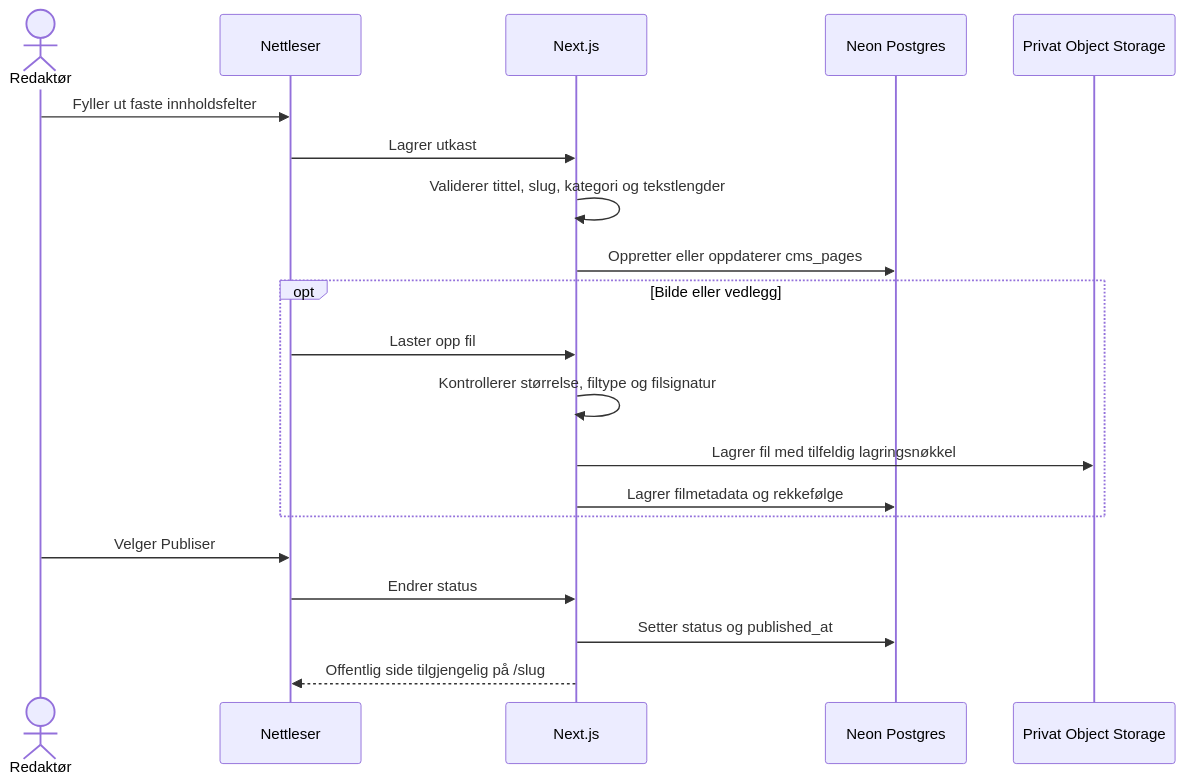
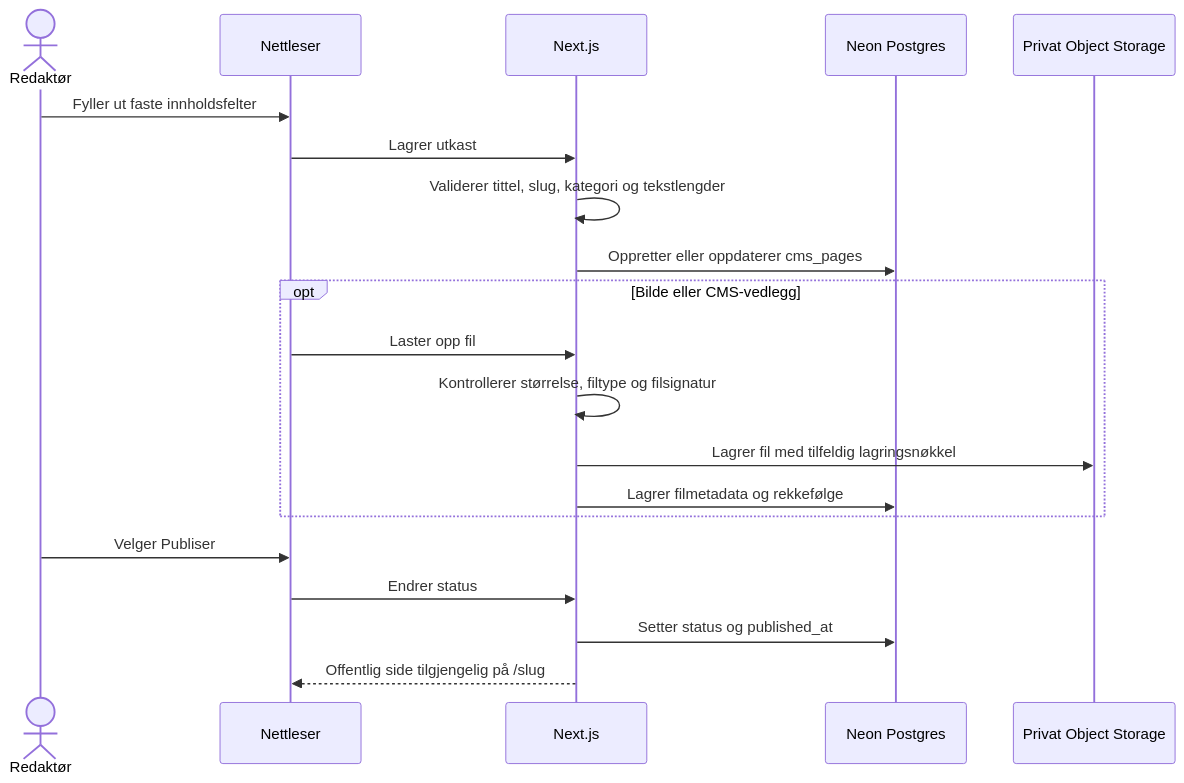
One commit to ibjohansen/tfv-poll changed the sixth of 6 diagrams in README.md. Above: the diagram before and after it, drawn with Mermaid. The commit also changed other lines of this file and 30 other files, not shown here.

````diff
--- a/README.md
+++ b/README.md
@@ -292,23 +295,23 @@
 ```mermaid
 sequenceDiagram
   actor R as Redaktør
   participant B as Nettleser
   participant N as Next.js
   participant D as Neon Postgres
   participant S as Privat Object Storage
 
   R->>B: Fyller ut faste innholdsfelter
   B->>N: Lagrer utkast
   N->>N: Validerer tittel, slug, kategori og tekstlengder
   N->>D: Oppretter eller oppdaterer cms_pages
-  opt Bilde eller vedlegg
+  opt Bilde eller CMS-vedlegg
     B->>N: Laster opp fil
     N->>N: Kontrollerer størrelse, filtype og filsignatur
     N->>S: Lagrer fil med tilfeldig lagringsnøkkel
     N->>D: Lagrer filmetadata og rekkefølge
   end
   R->>B: Velger Publiser
   B->>N: Endrer status
   N->>D: Setter status og published_at
   N-->>B: Offentlig side tilgjengelig på /slug
 ```
````
